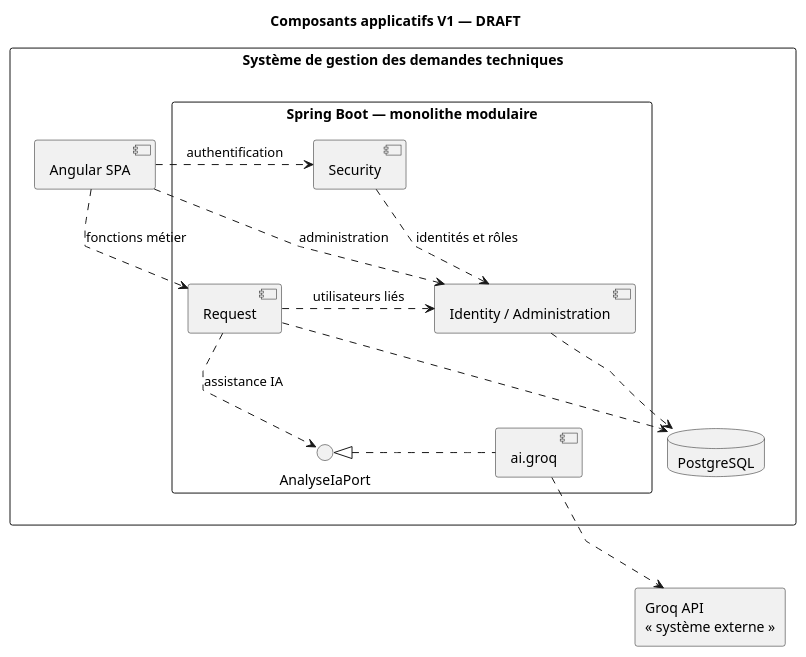
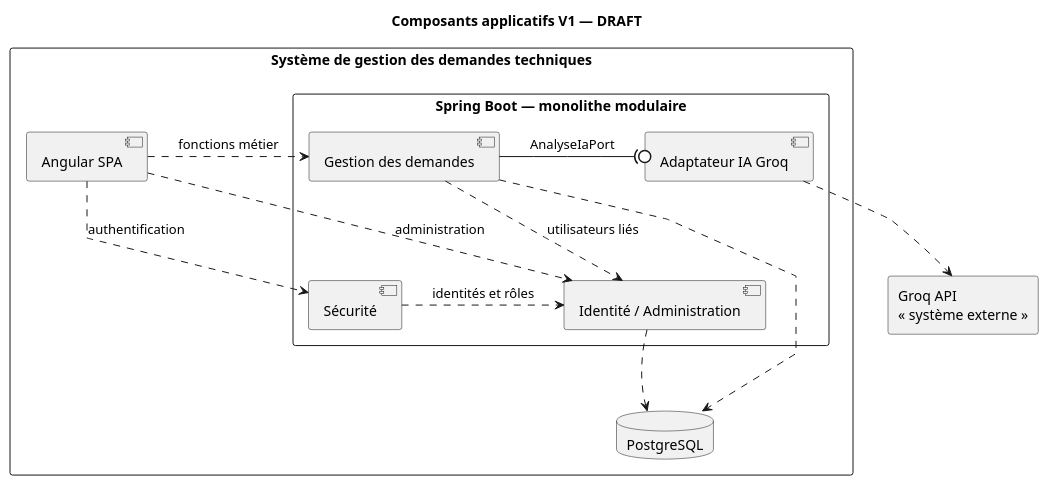
Before and after one commit to akrouty/gestion-demandes-techniques: the diagram in docs/uml/component/application-components-v1.puml, drawn with PlantUML.

Commit message:
diagramme de composant

```diff
--- a/docs/uml/component/application-components-v1.puml
+++ b/docs/uml/component/application-components-v1.puml
@@ -1,46 +1,46 @@
 @startuml
 !pragma horizontalLineBetweenDifferentPackageAllowed
 ' Statut : DRAFT
 ' Vue logique limitée ; aucun détail de déploiement.
 title Composants applicatifs V1 — DRAFT
 top to bottom direction
 skinparam monochrome true
 skinparam shadowing false
 skinparam backgroundColor white
 skinparam componentStyle uml2
 skinparam linetype polyline
 skinparam nodesep 60
 skinparam ranksep 75
 rectangle "Système de gestion des demandes techniques" as SYSTEM {
   component "Angular SPA" as SPA
   rectangle "Spring Boot — monolithe modulaire" as BACKEND {
-    component "Security" as SECURITY
-    component "Request" as REQUEST
-    component "Identity / Administration" as IDENTITY
-    interface "AnalyseIaPort" as AI_CONTRACT
-    component "ai.groq" as AI
+    component "Sécurité" as SECURITY
+    component "Gestion des demandes" as REQUEST
+    component "Identité / Administration" as IDENTITY
+    component "Adaptateur IA Groq" as AI
   }
   database "PostgreSQL" as POSTGRES
 }
 rectangle "Groq API\n« système externe »" as GROQ
 SPA .right.> SECURITY : authentification
 SPA .right.> REQUEST : fonctions métier
 SPA .right.> IDENTITY : administration
 SECURITY .right.> IDENTITY : identités et rôles
 REQUEST .right.> IDENTITY : utilisateurs liés
-REQUEST .down.> AI_CONTRACT : assistance IA
-AI .left.|> AI_CONTRACT
+' Interface requise côté demandes, fournie par GroqAnalyseIaAdapter.
+REQUEST -(0 AI : AnalyseIaPort
 AI .down.> GROQ
 REQUEST .down.> POSTGRES
 IDENTITY .down.> POSTGRES
 ' Contraintes graphiques uniquement.
-SPA -[hidden]right-> SECURITY
+REQUEST -[hidden]right-> AI
+SPA -[hidden]down-> SECURITY
 SECURITY -[hidden]right-> IDENTITY
 
-SECURITY -[hidden]down- REQUEST
-REQUEST -[hidden]right-> IDENTITY
+SPA -[hidden]right-> REQUEST
+REQUEST -[hidden]down-> IDENTITY
 IDENTITY -[hidden]down-> POSTGRES
 
-SYSTEM -[hidden]right-> GROQ
+AI -[hidden]right-> GROQ
 
 @enduml
```
